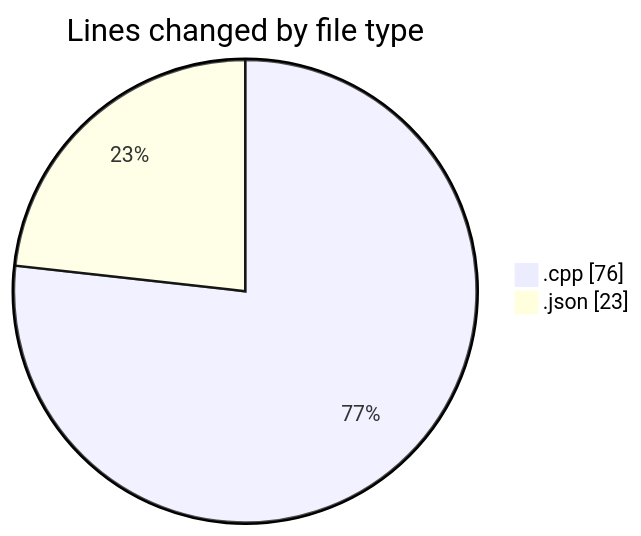
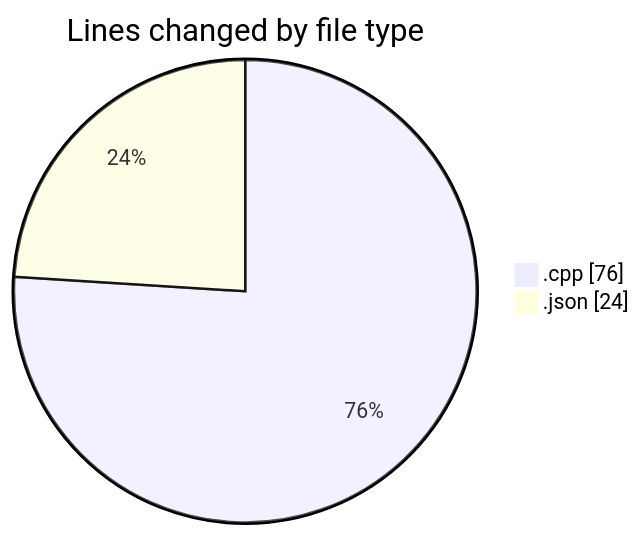
One commit to Netris89/code-tracking changed the first of 2 diagrams in 2025-03-30/echo/README.md. Above: the diagram before and after it, drawn with Mermaid. The commit also changed other lines of this file and 1 other file, not shown here.

````diff
--- a/2025-03-30/echo/README.md
+++ b/2025-03-30/echo/README.md
@@ -21,6 +21,6 @@
 ```mermaid
 pie showData
 title Lines changed by file type
 ".cpp" : 76
-".json" : 23
+".json" : 24
 ```
````
